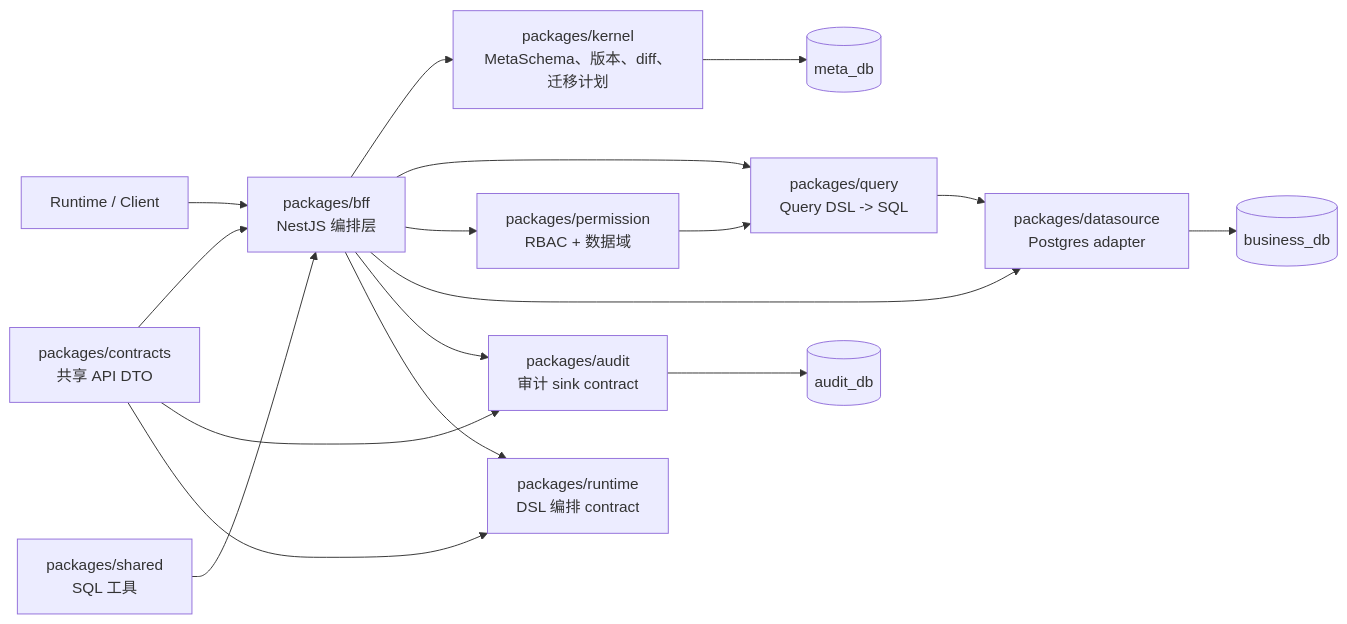
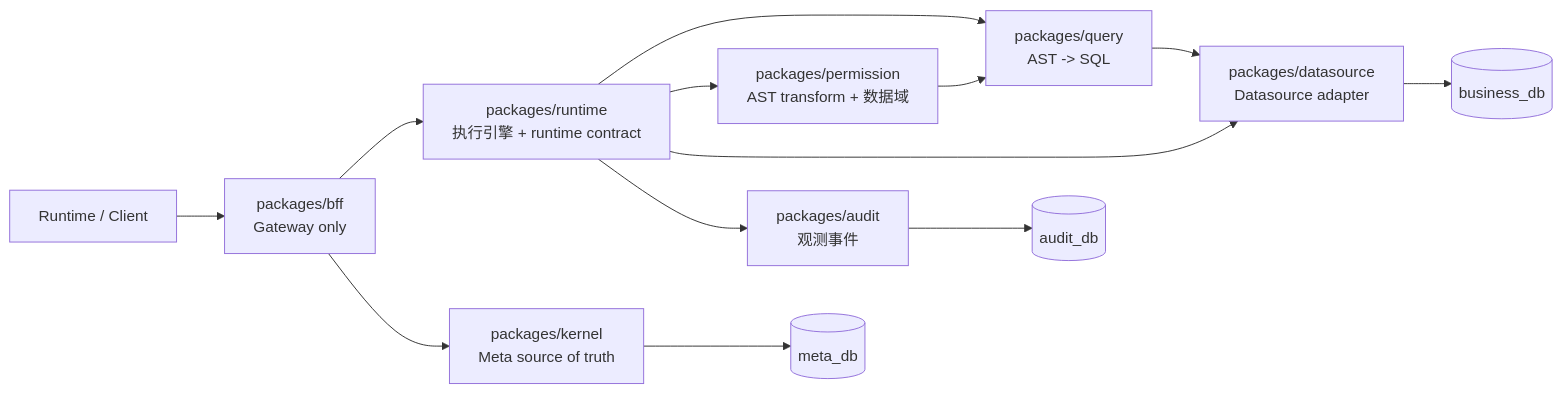
The diagram in README_zh.md (zhongmiao-org/meta-lc-platform), drawn with Mermaid before and after one commit. The commit also changed other lines of this file and 96 other files, not shown here.

````diff
--- a/README_zh.md
+++ b/README_zh.md
@@ -13,19 +13,15 @@
 ```mermaid
 flowchart LR
-  Client["Runtime / Client"] --> BFF["packages/bff<br/>NestJS 编排层"]
-  BFF --> Kernel["packages/kernel<br/>MetaSchema、版本、diff、迁移计划"]
-  BFF --> Query["packages/query<br/>Query DSL -> SQL"]
-  BFF --> Permission["packages/permission<br/>RBAC + 数据域"]
-  BFF --> Datasource["packages/datasource<br/>Postgres adapter"]
-  BFF --> Audit["packages/audit<br/>审计 sink contract"]
-  BFF --> Runtime["packages/runtime<br/>DSL 编排 contract"]
+  Client["Runtime / Client"] --> BFF["packages/bff<br/>Gateway only"]
+  BFF --> Runtime["packages/runtime<br/>执行引擎 + runtime contract"]
+  BFF --> Kernel["packages/kernel<br/>Meta source of truth"]
+  Runtime --> Query["packages/query<br/>AST -> SQL"]
+  Runtime --> Permission["packages/permission<br/>AST transform + 数据域"]
+  Runtime --> Datasource["packages/datasource<br/>Datasource adapter"]
+  Runtime --> Audit["packages/audit<br/>观测事件"]
   Kernel --> MetaDb[("meta_db")]
   Query --> Datasource
   Permission --> Query
   Datasource --> BusinessDb[("business_db")]
   Audit --> AuditDb[("audit_db")]
-  Contracts["packages/contracts<br/>共享 API DTO"] --> BFF
-  Contracts --> Audit
-  Contracts --> Runtime
-  Shared["packages/shared<br/>SQL 工具"] --> BFF
 ```
````
